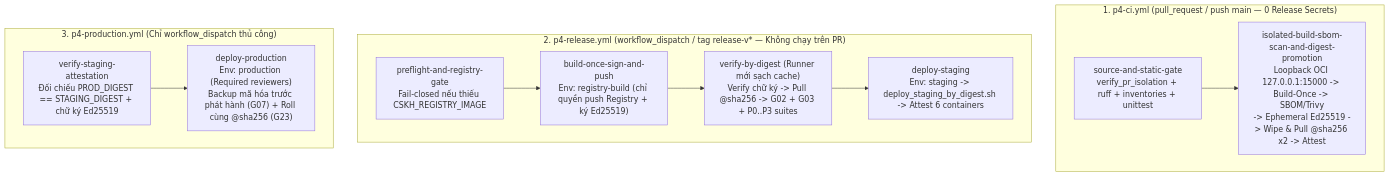
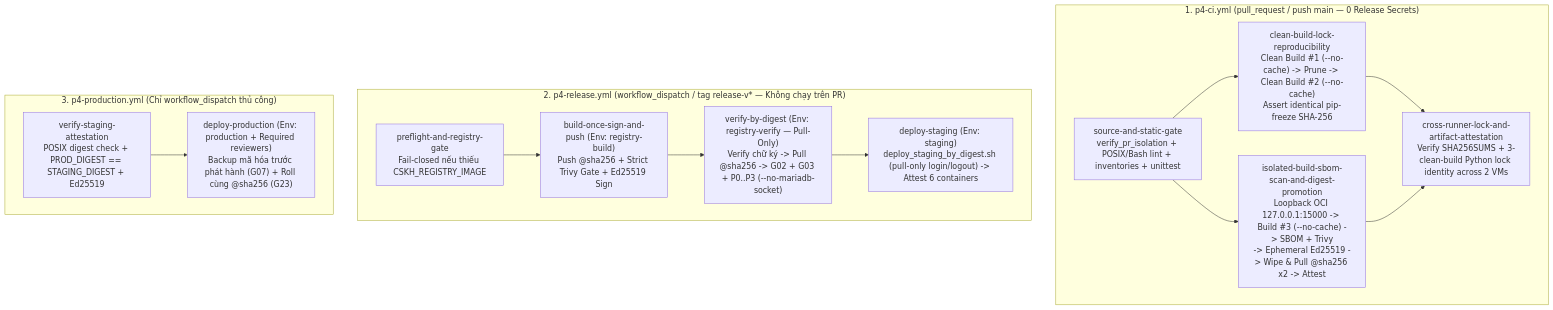
One commit to nobita6986/new-crm changed the diagram in docs/p4/P4-ADR-03-ci-registry-and-promotion.md. Above: the diagram before and after it, drawn with Mermaid. The commit also changed other lines of this file and 22 other files, not shown here.

Commit message:
fix(p4-02): remediate REL-01..04 strict scan, POSIX digest, Python locks & verify harness

````diff
--- a/docs/p4/P4-ADR-03-ci-registry-and-promotion.md
+++ b/docs/p4/P4-ADR-03-ci-registry-and-promotion.md
@@ -25,22 +26,25 @@
 ```mermaid
 flowchart TB
     subgraph PR["1. p4-ci.yml (pull_request / push main — 0 Release Secrets)"]
-        S1["source-and-static-gate\nverify_pr_isolation + ruff + inventories + unittest"]
-        S2["isolated-build-sbom-scan-and-digest-promotion\nLoopback OCI 127.0.0.1:15000 -> Build-Once -> SBOM/Trivy\n-> Ephemeral Ed25519 -> Wipe & Pull @sha256 x2 -> Attest"]
-        S1 --> S2
+        S1["source-and-static-gate\nverify_pr_isolation + POSIX/Bash lint + inventories + unittest"]
+        S2["clean-build-lock-reproducibility\nClean Build #1 (--no-cache) -> Prune -> Clean Build #2 (--no-cache)\nAssert identical pip-freeze SHA-256"]
+        S3["isolated-build-sbom-scan-and-digest-promotion\nLoopback OCI 127.0.0.1:15000 -> Build #3 (--no-cache) -> SBOM + Trivy\n-> Ephemeral Ed25519 -> Wipe & Pull @sha256 x2 -> Attest"]
+        S4["cross-runner-lock-and-artifact-attestation\nVerify SHA256SUMS + 3-clean-build Python lock identity across 2 VMs"]
+        S1 --> S2 --> S4
+        S1 --> S3 --> S4
     end
 
     subgraph REL["2. p4-release.yml (workflow_dispatch / tag release-v* — Không chạy trên PR)"]
         R0["preflight-and-registry-gate\nFail-closed nếu thiếu CSKH_REGISTRY_IMAGE"]
-        R1["build-once-sign-and-push\nEnv: registry-build (chỉ quyền push Registry + ký Ed25519)"]
-        R2["verify-by-digest (Runner mới sạch cache)\nVerify chữ ký -> Pull @sha256 -> G02 + G03 + P0..P3 suites"]
-        R3["deploy-staging\nEnv: staging -> deploy_staging_by_digest.sh -> Attest 6 containers"]
+        R1["build-once-sign-and-push (Env: registry-build)\nPush @sha256 + Strict Trivy Gate + Ed25519 Sign"]
+        R2["verify-by-digest (Env: registry-verify — Pull-Only)\nVerify chữ ký -> Pull @sha256 -> G02 + G03 + P0..P3 (--no-mariadb-socket)"]
+        R3["deploy-staging (Env: staging)\ndeploy_staging_by_digest.sh (pull-only login/logout) -> Attest 6 containers"]
         R0 --> R1 --> R2 --> R3
     end
 
     subgraph PROD["3. p4-production.yml (Chỉ workflow_dispatch thủ công)"]
-        P1["verify-staging-attestation\nĐối chiếu PROD_DIGEST == STAGING_DIGEST + chữ ký Ed25519"]
-        P2["deploy-production\nEnv: production (Required reviewers)\nBackup mã hóa trước phát hành (G07) + Roll cùng @sha256 (G23)"]
+        P1["verify-staging-attestation\nPOSIX digest check + PROD_DIGEST == STAGING_DIGEST + Ed25519"]
+        P2["deploy-production (Env: production + Required reviewers)\nBackup mã hóa trước phát hành (G07) + Roll cùng @sha256 (G23)"]
         P1 --> P2
     end
 ```
````
